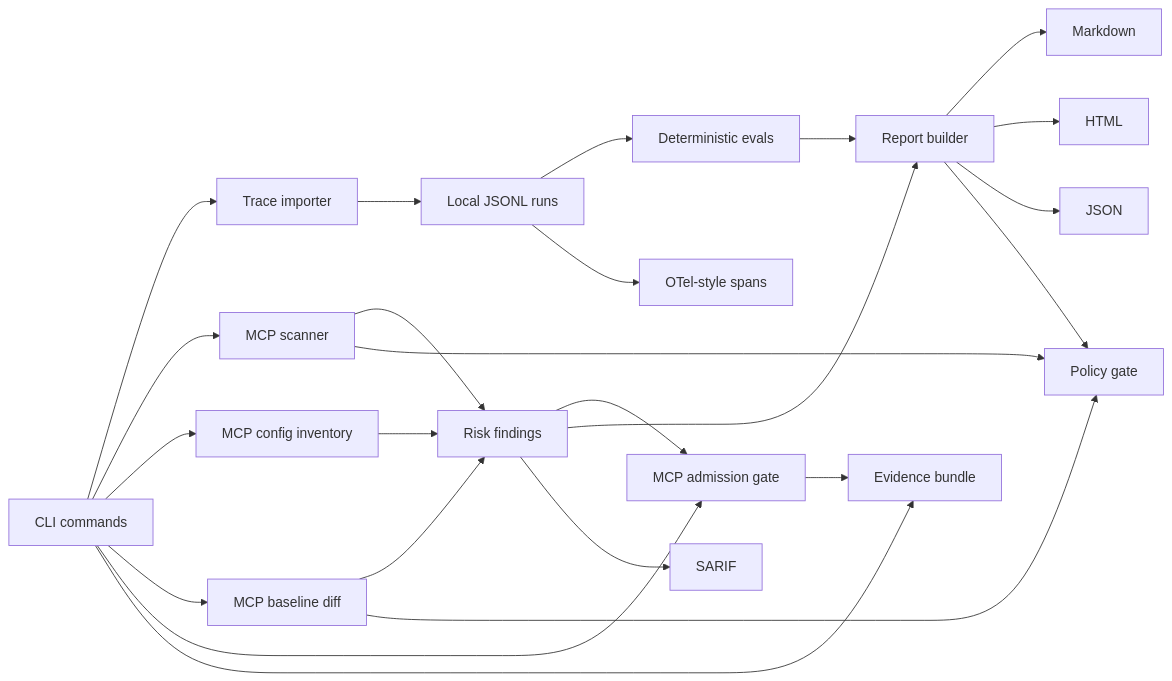
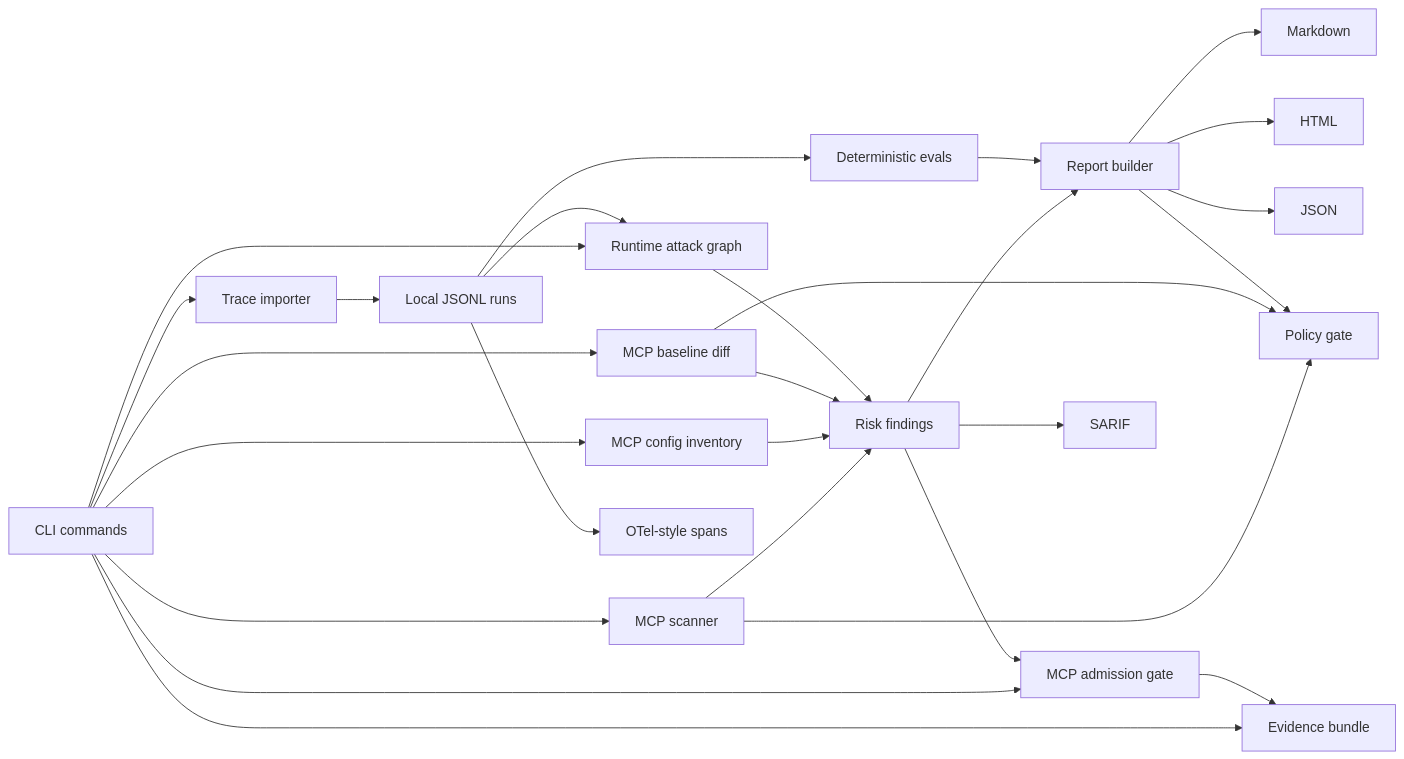
One commit to Gowrav-M/agentops-watchtower changed the diagram in docs/architecture.md. Above: the diagram before and after it, drawn with Mermaid. The commit also changed other lines of this file and 20 other files, not shown here.

Commit message:
feat: add runtime attack graph analysis

````diff
--- a/docs/architecture.md
+++ b/docs/architecture.md
@@ -5,26 +5,29 @@
 ```mermaid
 flowchart LR
   CLI["CLI commands"] --> Importer["Trace importer"]
   CLI --> Scanner["MCP scanner"]
   CLI --> Inventory["MCP config inventory"]
   CLI --> Baseline["MCP baseline diff"]
   CLI --> Admission["MCP admission gate"]
+  CLI --> AttackGraph["Runtime attack graph"]
   CLI --> Evidence["Evidence bundle"]
   Importer --> Runs["Local JSONL runs"]
   Scanner --> Findings["Risk findings"]
   Inventory --> Findings
   Baseline --> Findings
   Findings --> Admission
   Admission --> Evidence
   Runs --> Evals["Deterministic evals"]
+  Runs --> AttackGraph
+  AttackGraph --> Findings
   Findings --> Report["Report builder"]
   Evals --> Report
   Report --> Markdown["Markdown"]
   Report --> HTML["HTML"]
   Report --> JSON["JSON"]
   Runs --> OTel["OTel-style spans"]
   Findings --> SARIF["SARIF"]
   Scanner --> Policy["Policy gate"]
   Baseline --> Policy
   Report --> Policy
 ```
````
